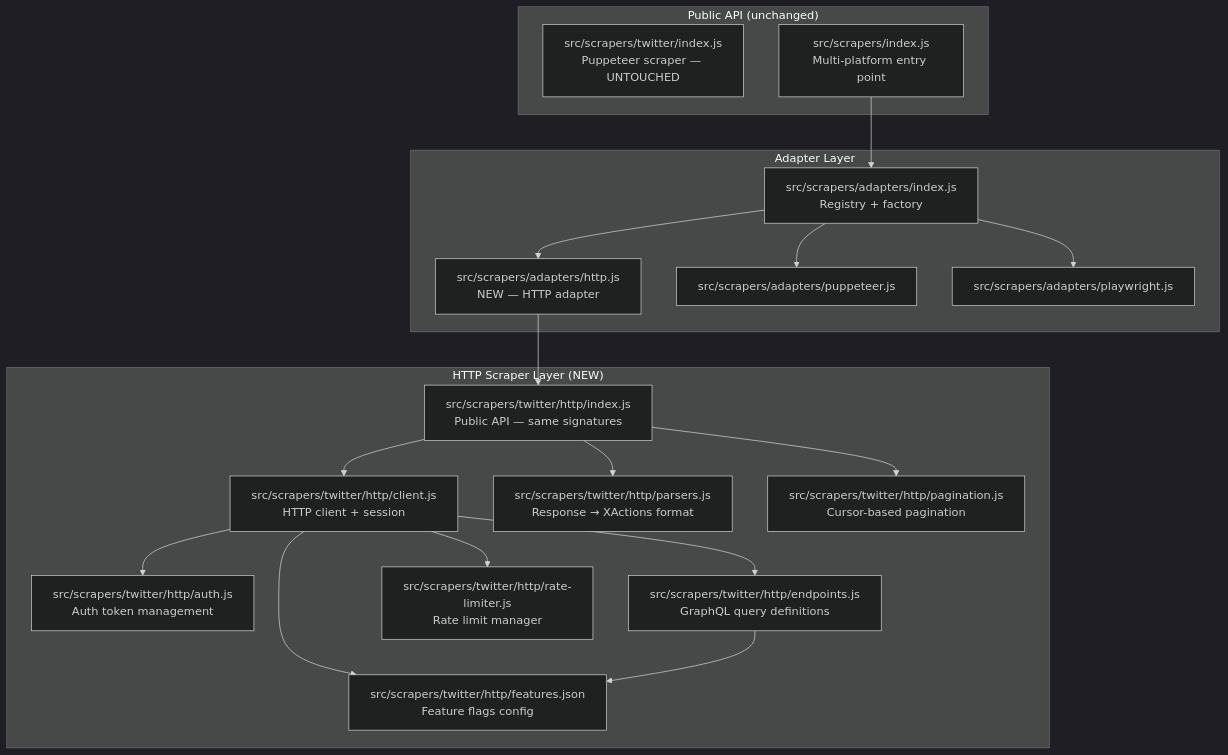
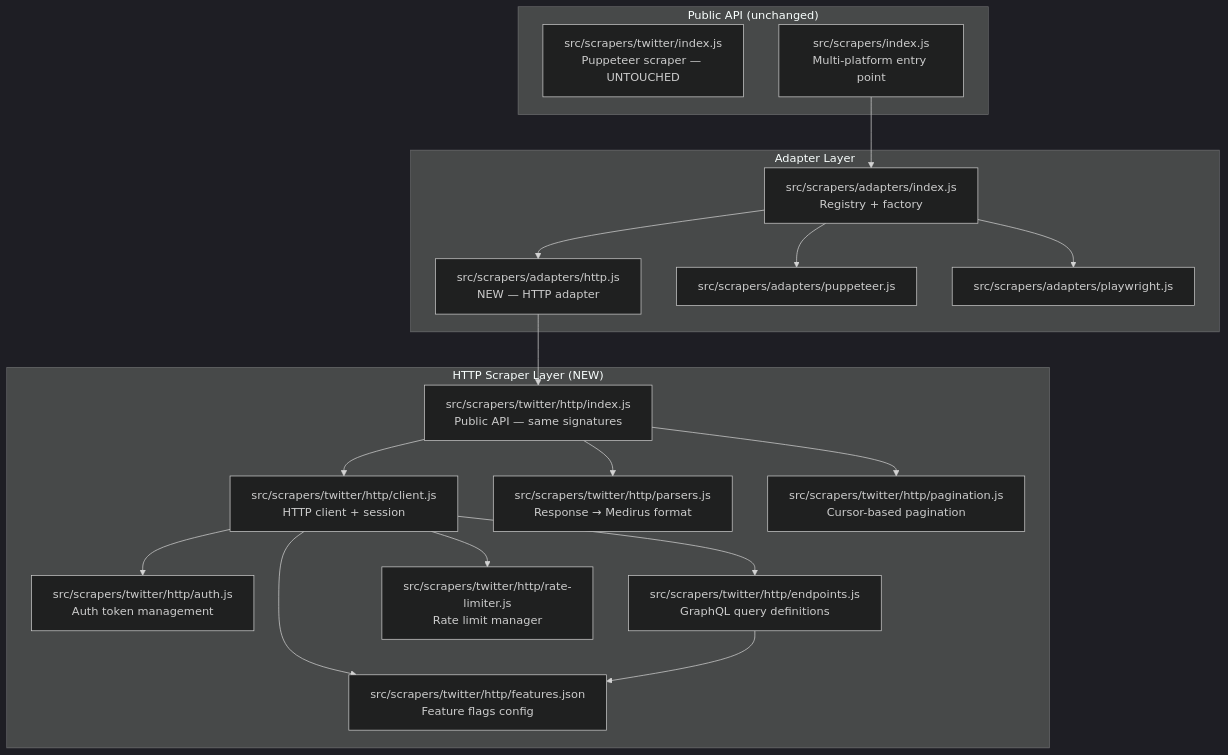
Before and after one commit to deptrai/XActions: the fourth of 6 diagrams in docs/architecture/http-scraper.md, drawn with Mermaid (dark theme). The commit also changed other lines of this file and 2613 other files, not shown here.

First line of the commit message:
chore(rename): XActions -> medirus content bulk replace (phase 2/2)

````diff
--- a/docs/architecture/http-scraper.md
+++ b/docs/architecture/http-scraper.md
@@ -695,39 +695,39 @@
 ```mermaid
 graph TB
     subgraph "Public API (unchanged)"
         A[src/scrapers/twitter/index.js<br>Puppeteer scraper — UNTOUCHED]
         B[src/scrapers/index.js<br>Multi-platform entry point]
     end
 
     subgraph "Adapter Layer"
         C[src/scrapers/adapters/index.js<br>Registry + factory]
         D[src/scrapers/adapters/http.js<br>NEW — HTTP adapter]
         E[src/scrapers/adapters/puppeteer.js]
         F[src/scrapers/adapters/playwright.js]
     end
 
     subgraph "HTTP Scraper Layer (NEW)"
         G[src/scrapers/twitter/http/index.js<br>Public API — same signatures]
         H[src/scrapers/twitter/http/client.js<br>HTTP client + session]
         I[src/scrapers/twitter/http/auth.js<br>Auth token management]
         J[src/scrapers/twitter/http/endpoints.js<br>GraphQL query definitions]
-        K[src/scrapers/twitter/http/parsers.js<br>Response → XActions format]
+        K[src/scrapers/twitter/http/parsers.js<br>Response → Medirus format]
         L[src/scrapers/twitter/http/pagination.js<br>Cursor-based pagination]
         M[src/scrapers/twitter/http/rate-limiter.js<br>Rate limit manager]
         N[src/scrapers/twitter/http/features.json<br>Feature flags config]
     end
 
     B --> C
     C --> D
     C --> E
     C --> F
     D --> G
     G --> H
     G --> K
     G --> L
     H --> I
     H --> J
     H --> M
     H --> N
     J --> N
 ```
````
